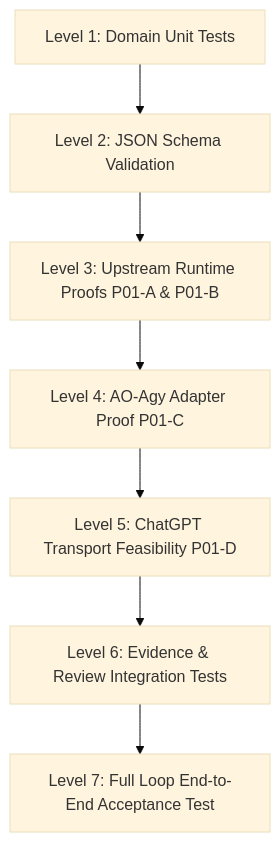
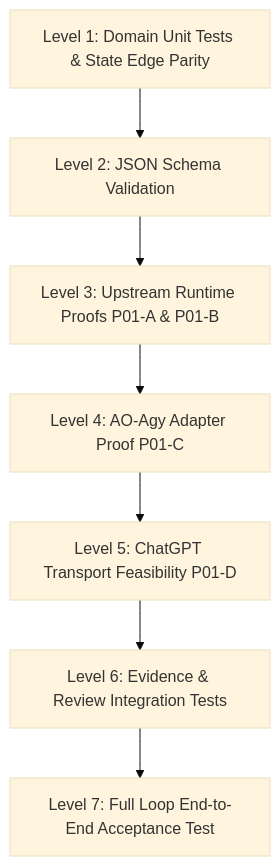
One commit to trungqwe/ai-supervisor changed the diagram in docs/16_TEST_STRATEGY.md. Above: the diagram before and after it, drawn with Mermaid (base theme). The commit also changed other lines of this file and 27 other files, not shown here.

Commit message:
docs: reconcile post-freeze architecture and issue v2.1 baseline

````diff
--- a/docs/16_TEST_STRATEGY.md
+++ b/docs/16_TEST_STRATEGY.md
@@ -10,9 +10,9 @@
 ```mermaid
 flowchart TD
-    Unit[Level 1: Domain Unit Tests] --> Schema[Level 2: JSON Schema Validation]
+    Unit[Level 1: Domain Unit Tests & State Edge Parity] --> Schema[Level 2: JSON Schema Validation]
     Schema --> Upstream[Level 3: Upstream Runtime Proofs P01-A & P01-B]
     Upstream --> Adapter[Level 4: AO-Agy Adapter Proof P01-C]
     Adapter --> Transport[Level 5: ChatGPT Transport Feasibility P01-D]
     Transport --> Integration[Level 6: Evidence & Review Integration Tests]
     Integration --> E2E[Level 7: Full Loop End-to-End Acceptance Test]
 ```
````
